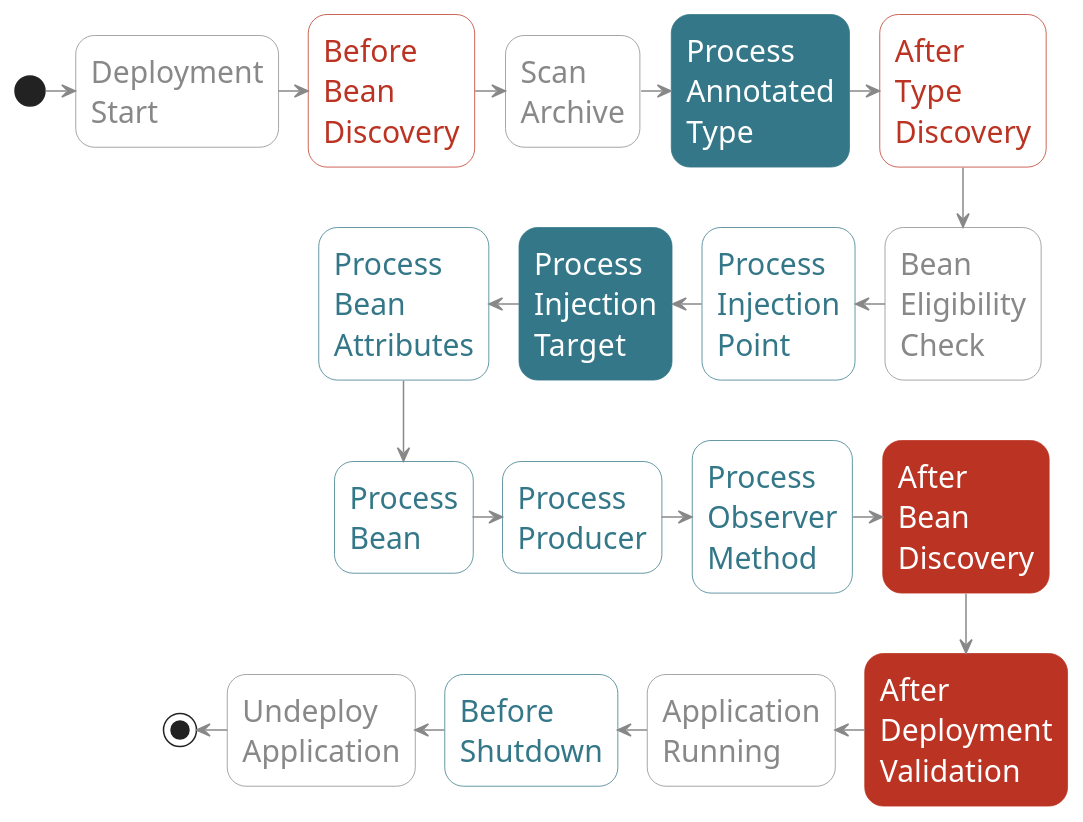
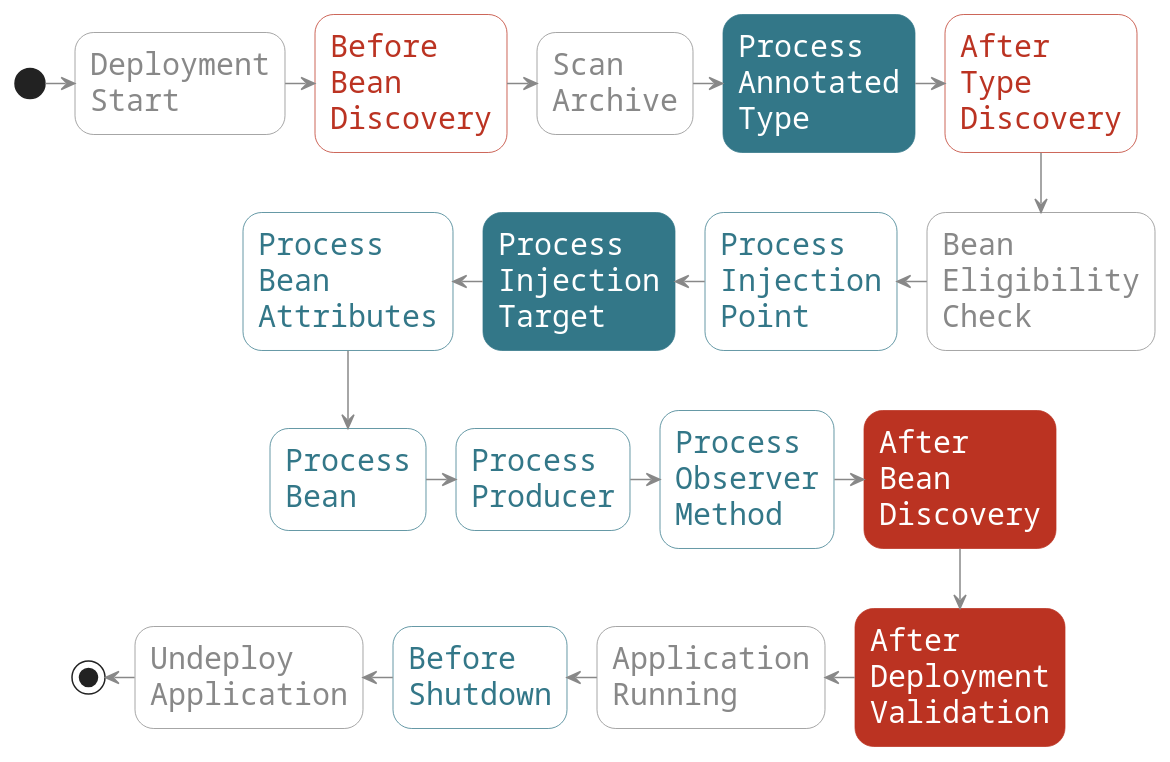
One commit to astefanutti/further-cdi changed the diagram in parts/camel.adoc. Above: the diagram before and after it, drawn with PlantUML. The commit also changed 7 other files, not shown here.

Commit message:
Use monospace font family instead of Consolas font

```diff
--- a/parts/camel.adoc
+++ b/parts/camel.adoc
@@ -204,54 +204,54 @@
 [plantuml, "lifecycle-PAT-PIT-ABD-ADV-BS", "svg", height="85%", width="95%"]
 ----
 @startuml
 
 skinparam shadowing false
 skinparam backgroundColor transparent
-skinparam defaultFontName Consolas
+skinparam defaultFontName "Courier New", Courier, monospace
 
 skinparam activity {
   FontSize 20
-  FontName Consolas
+  FontName "Courier New", Courier, monospace
   FontColor #337788
   ArrowColor #888888
   BorderColor #337788
   BackgroundColor #white
 
   FontColor<< Internal >> #888888
   BorderColor<< Internal >> #888888
   BackgroundColor<< Internal >> #white
 
   FontColor<< Once >> #BB3322
   BorderColor<< Once >> #BB3322
   BackgroundColor<< Once >> #white
 
   FontColor<< Highlight >> white
   BorderColor<< Highlight >> #337788
   BackgroundColor<< Highlight >> #337788
 
   FontColor<< HighlightOnce >> white
   BorderColor<< HighlightOnce >> #BB3322
   BackgroundColor<< HighlightOnce >> #BB3322
 }
 
 (*) -right-> "Deployment\nStart" << Internal >>
 -right-> "Before\nBean\nDiscovery" << Once >>
 -right-> "Scan\nArchive" << Internal >>
 -right-> "Process\nAnnotated\nType" << Highlight >>
 -right-> "After\nType\nDiscovery" << Once >>
 -down-> "Bean\nEligibility\nCheck" << Internal >>
 -left-> "Process\nInjection\nPoint"
 -left-> "Process\nInjection\nTarget" << Highlight >>
 -left-> "Process\nBean\nAttributes"
 -down-> "Process\nBean"
 -right-> "Process\nProducer"
 -right-> "Process\nObserver\nMethod"
 -right-> "After\nBean\nDiscovery" << HighlightOnce >>
 -down-> "After\nDeployment\nValidation" << HighlightOnce >>
 -left-> "Application\nRunning" << Internal >>
 -left-> "Before\nShutdown"
 -left-> "Undeploy\nApplication" << Internal >>
 -left-> (*)
 
 @enduml
 ----
```
